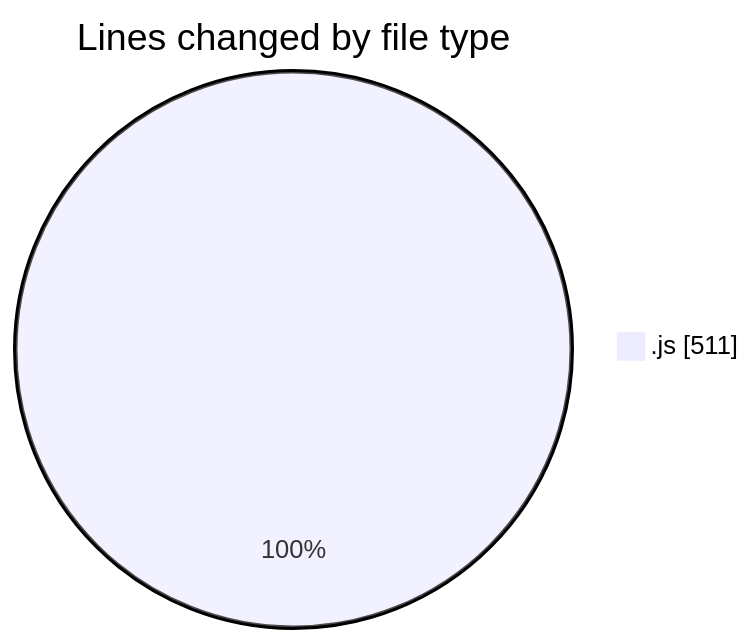
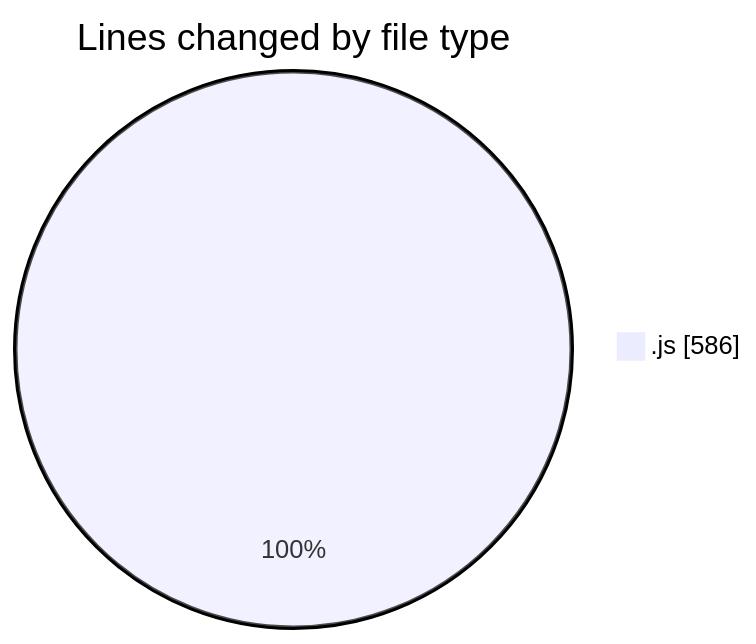
One commit to Ritupan-Deka/code-tracking changed the first of 2 diagrams in 2025-07-20/mern-workoutboard/README.md. Above: the diagram before and after it, drawn with Mermaid. The commit also changed other lines of this file and 1 other file, not shown here.

````diff
--- a/2025-07-20/mern-workoutboard/README.md
+++ b/2025-07-20/mern-workoutboard/README.md
@@ -25,5 +25,5 @@
 ```mermaid
 pie showData
 title Lines changed by file type
-".js" : 511
+".js" : 586
 ```
````
